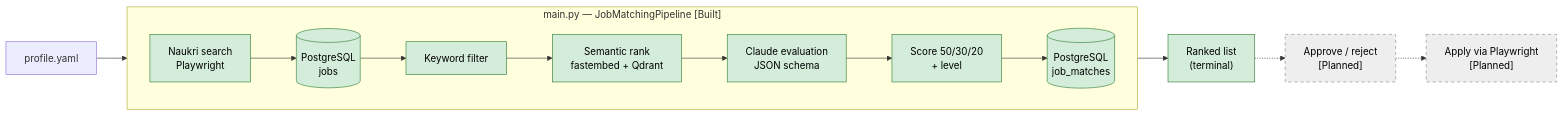
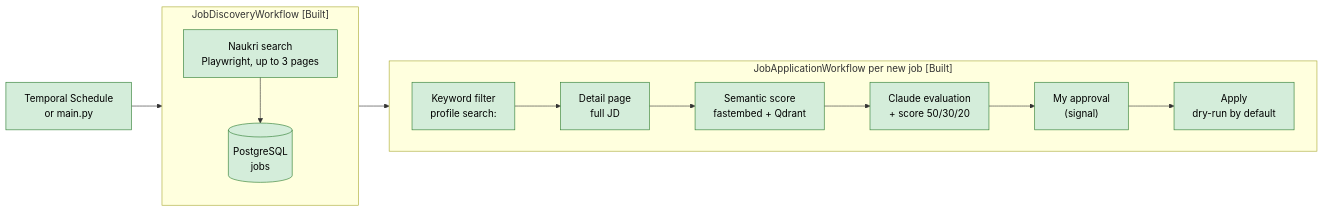
One commit to dhiraj849/Job_assistent changed the diagram in README.md. Above: the diagram before and after it, drawn with Mermaid. The commit also changed other lines of this file and 19 other files, not shown here.

First line of the commit message:
refactor: retire the main.py pipeline in favour of the workflows

````diff
--- a/README.md
+++ b/README.md
@@ -15,21 +16,19 @@
 ```mermaid
 flowchart LR
-    P["profile.yaml"] --> M
-    subgraph M["main.py — JobMatchingPipeline [Built]"]
+    T["Temporal Schedule<br/>or main.py"] --> D
+    subgraph D["JobDiscoveryWorkflow [Built]"]
+        S["Naukri search<br/>Playwright, up to 3 pages"] --> DB[("PostgreSQL<br/>jobs")]
+    end
+    D --> W
+    subgraph W["JobApplicationWorkflow per new job [Built]"]
         direction LR
-        S["Naukri search<br/>Playwright"] --> DB[("PostgreSQL<br/>jobs")]
-        DB --> F["Keyword filter"]
-        F --> Q["Semantic rank<br/>fastembed + Qdrant"]
-        Q --> L["Claude evaluation<br/>JSON schema"]
-        L --> SC["Score 50/30/20<br/>+ level"]
-        SC --> DB2[("PostgreSQL<br/>job_matches")]
+        F["Keyword filter<br/>profile search:"] --> DP["Detail page<br/>full JD"]
+        DP --> Q["Semantic score<br/>fastembed + Qdrant"]
+        Q --> L["Claude evaluation<br/>+ score 50/30/20"]
+        L --> A["My approval<br/>(signal)"]
+        A --> AP["Apply<br/>dry-run by default"]
     end
-    M --> R["Ranked list<br/>(terminal)"]
-    R -.-> A["Approve / reject<br/>[Planned]"]
-    A -.-> AP["Apply via Playwright<br/>[Planned]"]
 
     classDef built fill:#d4edda,stroke:#2e7d32,color:#000
-    classDef planned fill:#eeeeee,stroke:#888,stroke-dasharray:5 5,color:#000
-    class S,DB,F,Q,L,SC,DB2,R built
-    class A,AP planned
+    class T,S,DB,F,DP,Q,L,A,AP built
 ```
````
